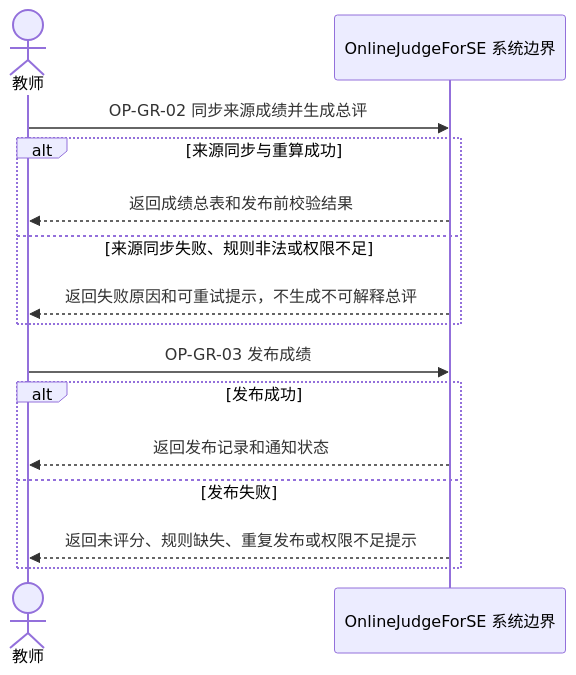
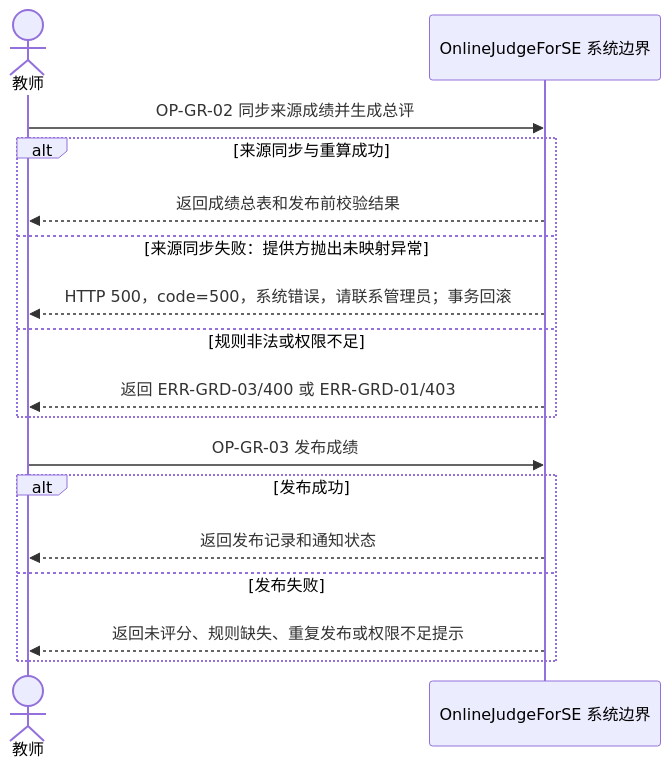
One commit to Cr4zyorange/OnlineJudge changed the diagram in docs/diagrams/srs/fig_4_15_grade_flow_ssd.mmd. Above: the diagram before and after it, drawn with Mermaid. The commit also changed 5 other files, not shown here.

```diff
--- a/docs/diagrams/srs/fig_4_15_grade_flow_ssd.mmd
+++ b/docs/diagrams/srs/fig_4_15_grade_flow_ssd.mmd
@@ -1,15 +1,17 @@
 sequenceDiagram
   actor Teacher as 教师
   participant System as OnlineJudgeForSE 系统边界
   Teacher->>System: OP-GR-02 同步来源成绩并生成总评
   alt 来源同步与重算成功
     System-->>Teacher: 返回成绩总表和发布前校验结果
-  else 来源同步失败、规则非法或权限不足
-    System-->>Teacher: 返回失败原因和可重试提示，不生成不可解释总评
+  else 来源同步失败：提供方抛出未映射异常
+    System-->>Teacher: HTTP 500，code=500，系统错误，请联系管理员；事务回滚
+  else 规则非法或权限不足
+    System-->>Teacher: 返回 ERR-GRD-03/400 或 ERR-GRD-01/403
   end
   Teacher->>System: OP-GR-03 发布成绩
   alt 发布成功
     System-->>Teacher: 返回发布记录和通知状态
   else 发布失败
     System-->>Teacher: 返回未评分、规则缺失、重复发布或权限不足提示
   end
```
